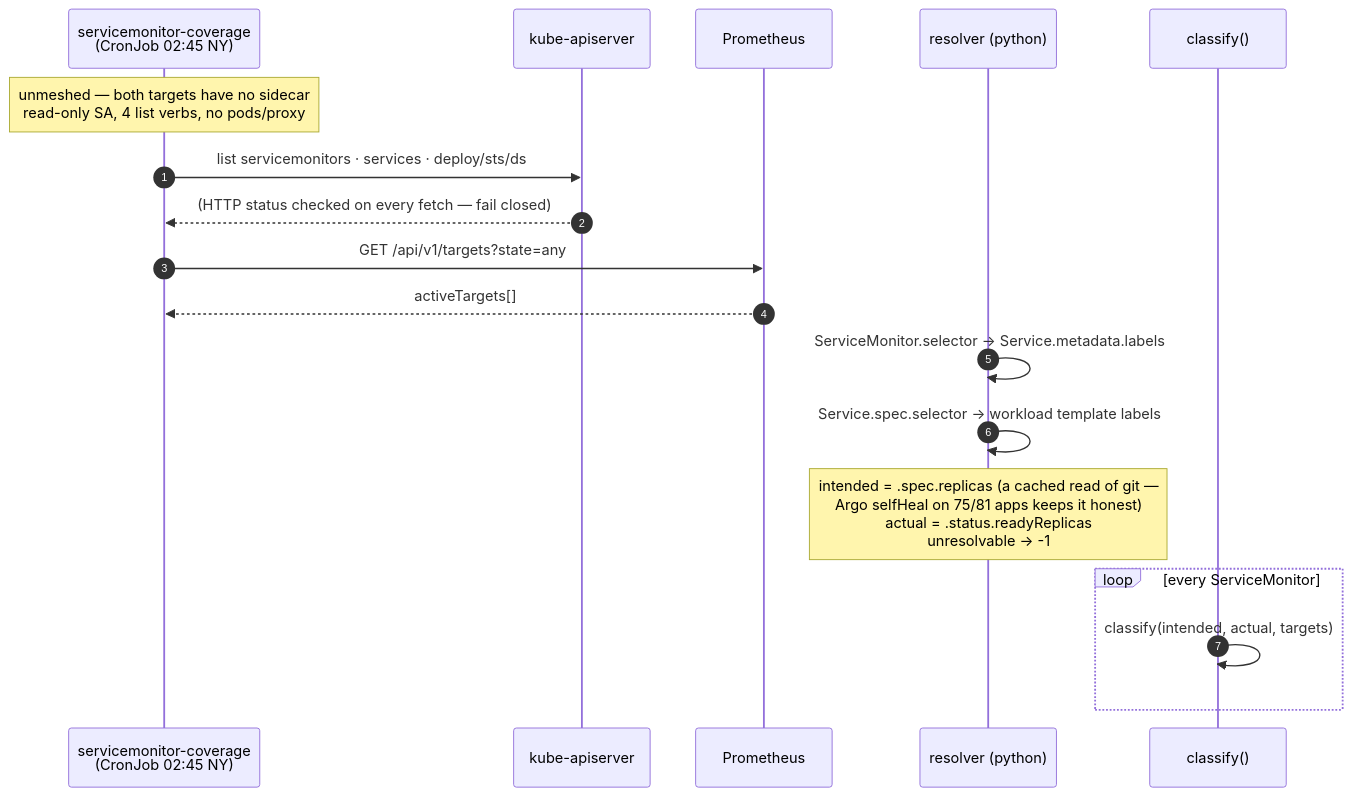
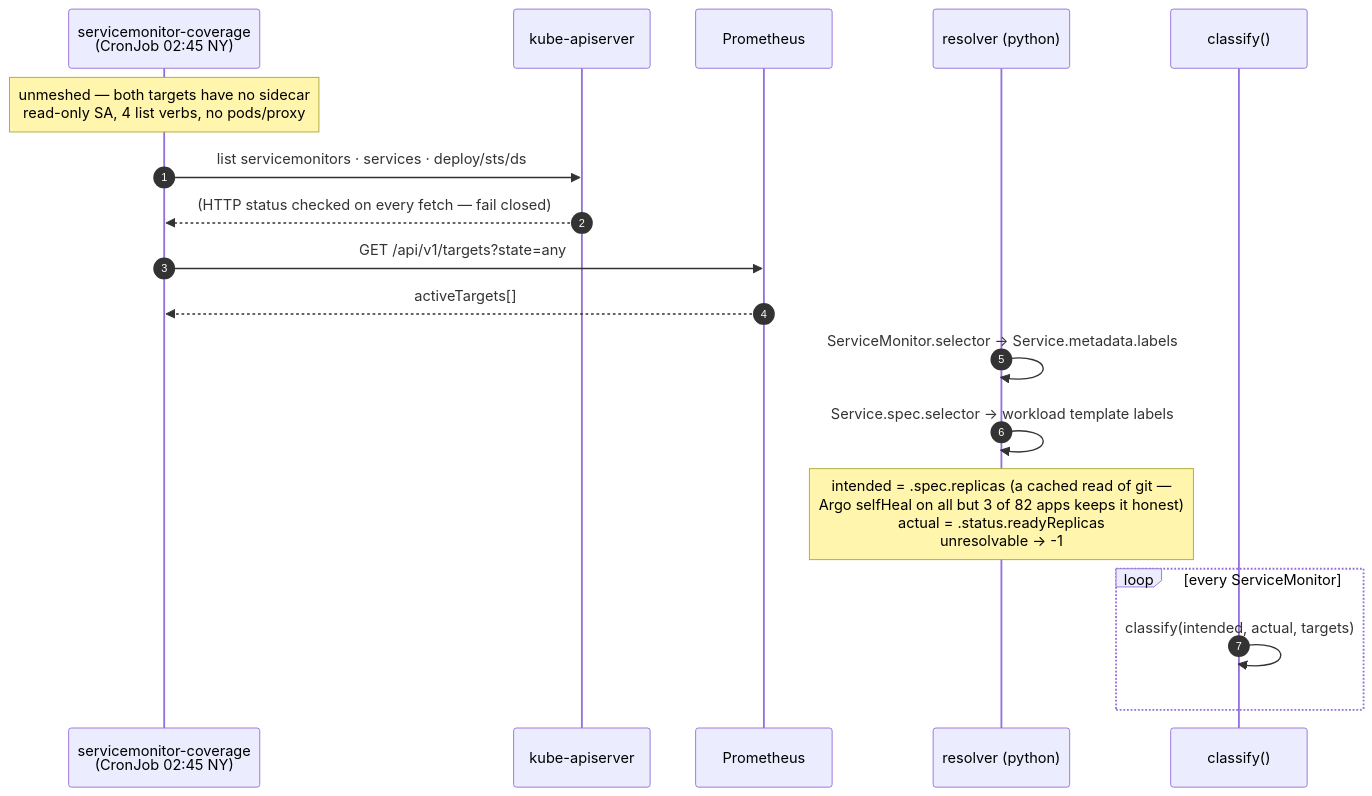
One commit to edtbl76/weyland-lab changed the second of 3 diagrams in docs/diagrams/flow-servicemonitor-coverage.md. Above: the diagram before and after it, drawn with Mermaid. The commit also changed 19 other files, not shown here.

````diff
--- a/docs/diagrams/flow-servicemonitor-coverage.md
+++ b/docs/diagrams/flow-servicemonitor-coverage.md
@@ -36,24 +36,24 @@
 ```mermaid
 sequenceDiagram
     autonumber
     participant CJ as servicemonitor-coverage<br/>(CronJob 02:45 NY)
     participant API as kube-apiserver
     participant PROM as Prometheus
     participant RES as resolver (python)
     participant CLS as classify()
 
     Note over CJ: unmeshed — both targets have no sidecar<br/>read-only SA, 4 list verbs, no pods/proxy
 
     CJ->>API: list servicemonitors · services · deploy/sts/ds
     API-->>CJ: (HTTP status checked on every fetch — fail closed)
     CJ->>PROM: GET /api/v1/targets?state=any
     PROM-->>CJ: activeTargets[]
 
     RES->>RES: ServiceMonitor.selector → Service.metadata.labels
     RES->>RES: Service.spec.selector → workload template labels
-    Note over RES: intended = .spec.replicas (a cached read of git —<br/>Argo selfHeal on 75/81 apps keeps it honest)<br/>actual = .status.readyReplicas<br/>unresolvable → -1
+    Note over RES: intended = .spec.replicas (a cached read of git —<br/>Argo selfHeal on all but 3 of 82 apps keeps it honest)<br/>actual = .status.readyReplicas<br/>unresolvable → -1
 
     loop every ServiceMonitor
     CLS->>CLS: classify(intended, actual, targets)
     end
 ```
````
